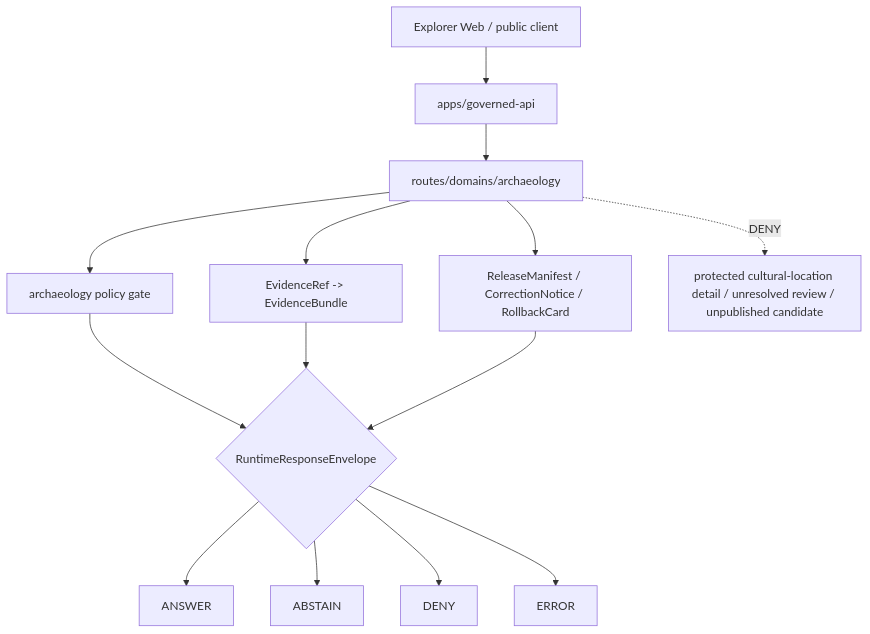
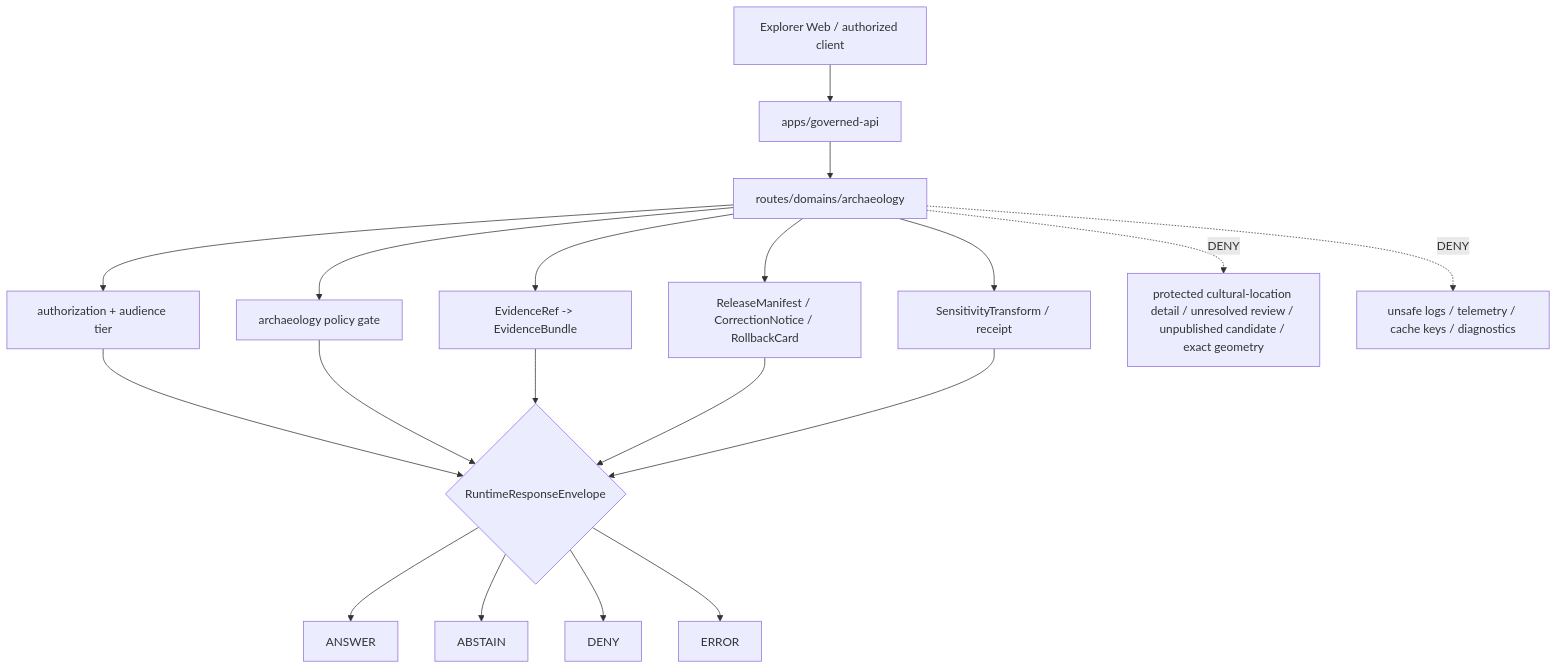
Before and after one commit to bartytime4life/Kansas-Frontier-Matrix: the diagram in apps/governed-api/routes/domains/archaeology/README.md, drawn with Mermaid. The commit also changed other lines of this file, not shown here.

````diff
--- a/apps/governed-api/routes/domains/archaeology/README.md
+++ b/apps/governed-api/routes/domains/archaeology/README.md
@@ -206,16 +280,21 @@
 ```mermaid
 flowchart TD
-    client["Explorer Web / public client"] --> api["apps/governed-api"]
+    client["Explorer Web / authorized client"] --> api["apps/governed-api"]
     api --> route["routes/domains/archaeology"]
+    route --> auth["authorization + audience tier"]
     route --> policy["archaeology policy gate"]
     route --> evidence["EvidenceRef -> EvidenceBundle"]
     route --> release["ReleaseManifest / CorrectionNotice / RollbackCard"]
-    policy --> outcome{"RuntimeResponseEnvelope"}
+    route --> transform["SensitivityTransform / receipt"]
+    auth --> outcome{"RuntimeResponseEnvelope"}
+    policy --> outcome
     evidence --> outcome
     release --> outcome
+    transform --> outcome
     outcome --> answer["ANSWER"]
     outcome --> abstain["ABSTAIN"]
     outcome --> deny["DENY"]
     outcome --> error["ERROR"]
-    route -. DENY .-> protected["protected cultural-location detail / unresolved review / unpublished candidate"]
+    route -. DENY .-> protected["protected cultural-location detail / unresolved review / unpublished candidate / exact geometry"]
+    route -. DENY .-> sidechannel["unsafe logs / telemetry / cache keys / diagnostics"]
 ```
````
